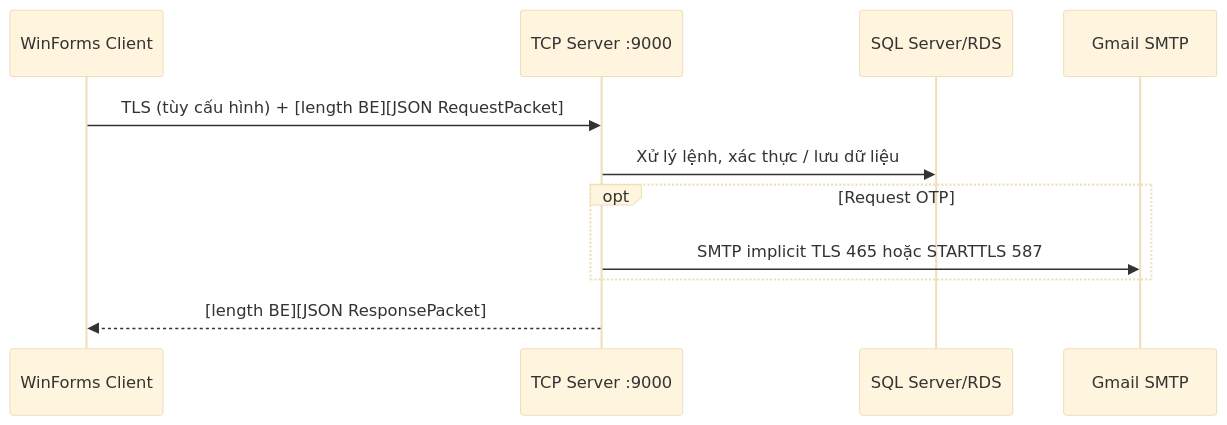
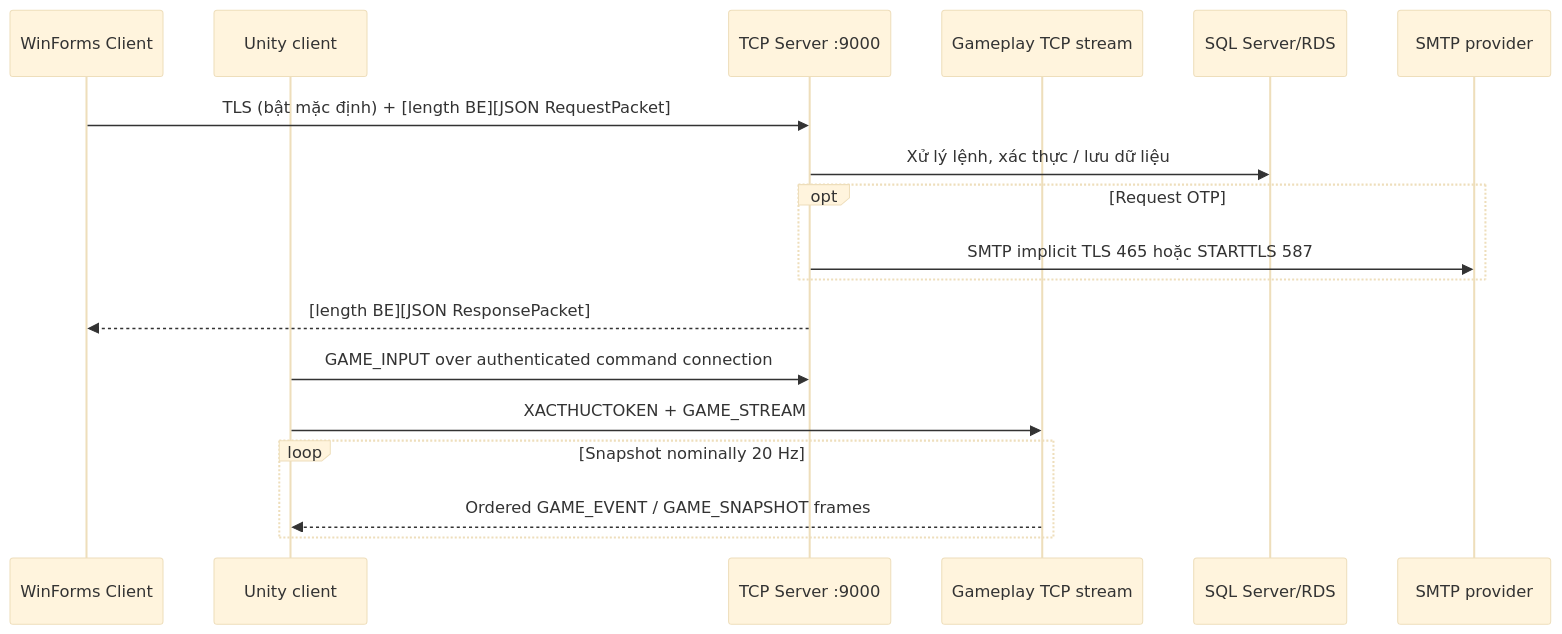
One commit to thanhnhi8769-ctrl/DanToPhong changed the second of 2 diagrams in BAO_CAO_TRIEN_KHAI_VA_KIEM_THU.md. Above: the diagram before and after it, drawn with Mermaid (base theme). The commit also changed other lines of this file and 20 other files, not shown here.

Commit message:
Add TCP gameplay state streaming

````diff
--- a/BAO_CAO_TRIEN_KHAI_VA_KIEM_THU.md
+++ b/BAO_CAO_TRIEN_KHAI_VA_KIEM_THU.md
@@ -339,13 +375,20 @@
 ```mermaid
 sequenceDiagram
     participant C as WinForms Client
+    participant U as Unity client
     participant S as TCP Server :9000
+    participant G as Gameplay TCP stream
     participant D as SQL Server/RDS
-    participant M as Gmail SMTP
-    C->>S: TLS (tùy cấu hình) + [length BE][JSON RequestPacket]
+    participant M as SMTP provider
+    C->>S: TLS (bật mặc định) + [length BE][JSON RequestPacket]
     S->>D: Xử lý lệnh, xác thực / lưu dữ liệu
     opt Request OTP
       S->>M: SMTP implicit TLS 465 hoặc STARTTLS 587
     end
     S-->>C: [length BE][JSON ResponsePacket]
+    U->>S: GAME_INPUT over authenticated command connection
+    U->>G: XACTHUCTOKEN + GAME_STREAM
+    loop Snapshot nominally 20 Hz
+      G-->>U: Ordered GAME_EVENT / GAME_SNAPSHOT frames
+    end
 ```
````
